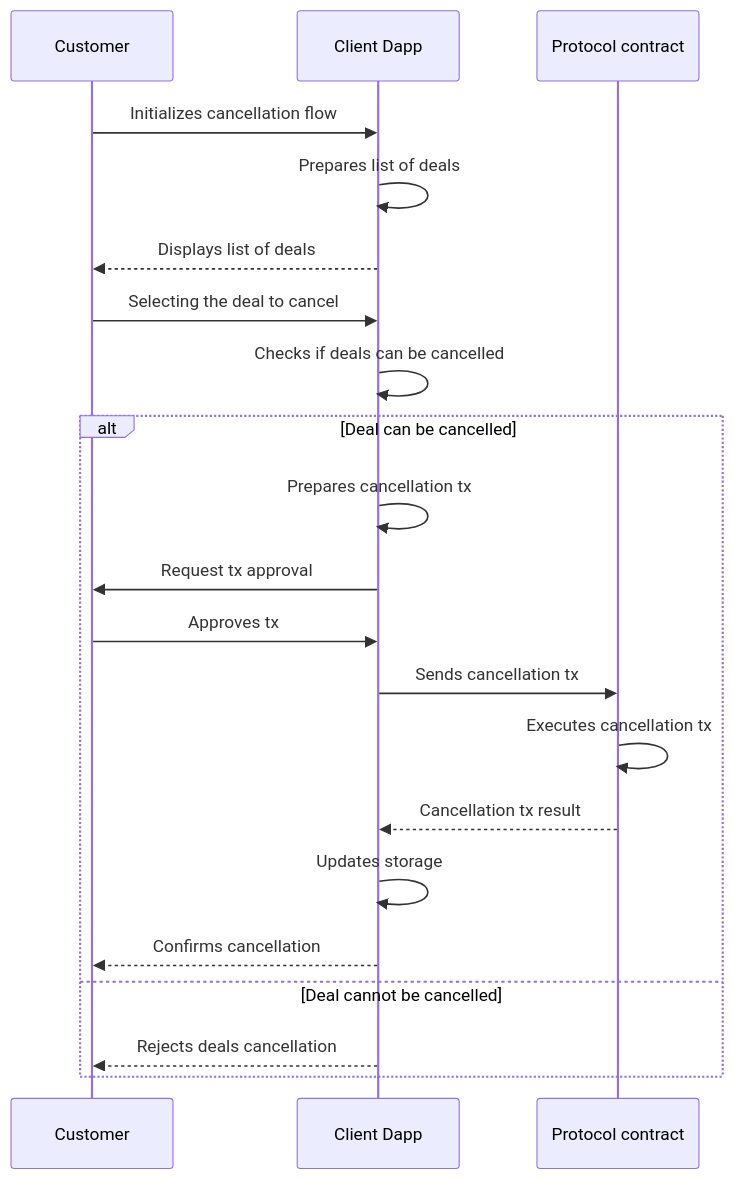
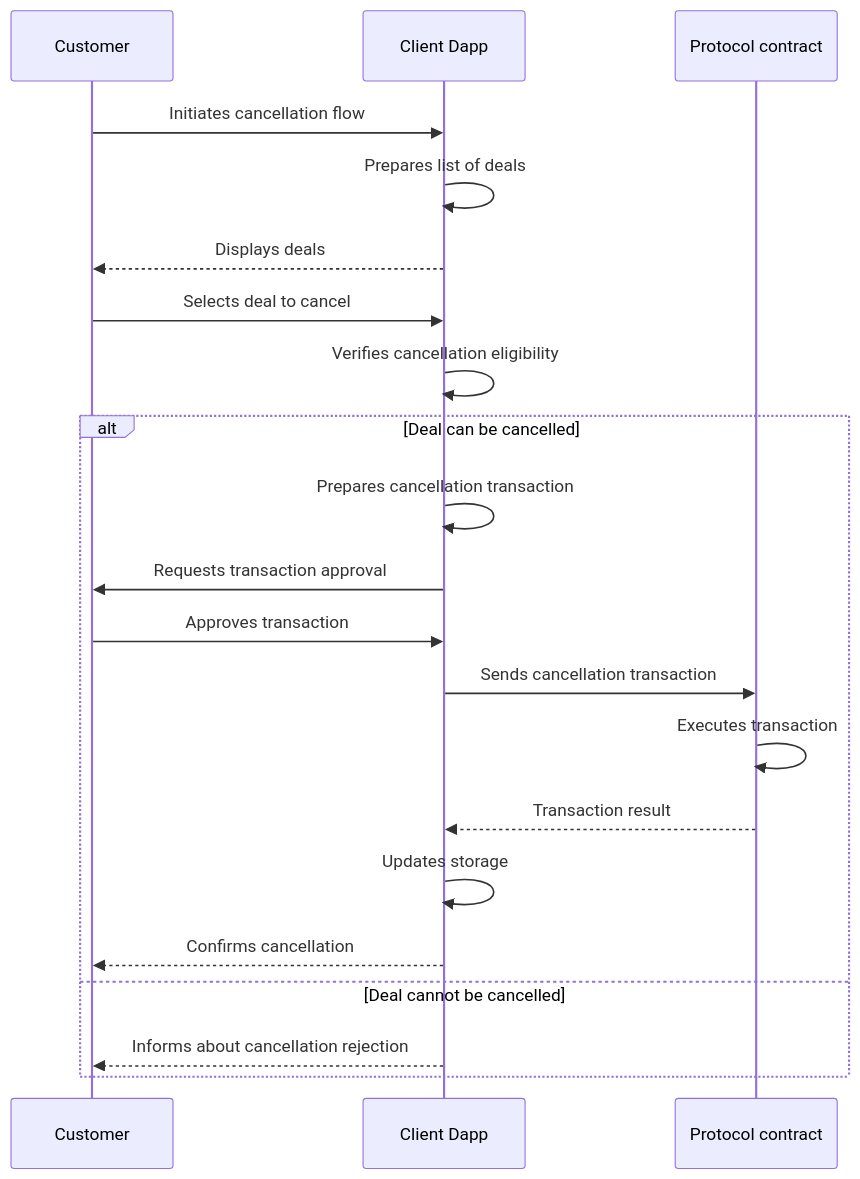
One commit to windingtree/mvp changed diagram 14 of 14 in docs/architecture.md. Above: the diagram before and after it, drawn with Mermaid. The commit also changed other lines of this file and 1 other file, not shown here.

Commit message:
docs: ✏️ Added the MVP architecture document

````diff
--- a/docs/architecture.md
+++ b/docs/architecture.md
@@ -549,25 +492,25 @@
 ```mermaid
 sequenceDiagram
   participant customer as Customer
   participant client as Client Dapp
   participant contract as Protocol contract
 
-  customer->>client: Initializes cancellation flow
+  customer->>client: Initiates cancellation flow
   client->>client: Prepares list of deals
-  client-->>customer: Displays list of deals
-  customer->>client: Selecting the deal to cancel
-  client->>client: Checks if deals can be cancelled
+  client-->>customer: Displays deals
+  customer->>client: Selects deal to cancel
+  client->>client: Verifies cancellation eligibility
 
   alt Deal can be cancelled
-    client->>client: Prepares cancellation tx
-    client->>customer: Request tx approval
-    customer->>client: Approves tx
-    client->>contract: Sends cancellation tx
-    contract->>contract: Executes cancellation tx
-    contract-->>client: Cancellation tx result
+    client->>client: Prepares cancellation transaction
+    client->>customer: Requests transaction approval
+    customer->>client: Approves transaction
+    client->>contract: Sends cancellation transaction
+    contract->>contract: Executes transaction
+    contract-->>client: Transaction result
     client->>client: Updates storage
     client-->>customer: Confirms cancellation
   else Deal cannot be cancelled
-    client-->>customer: Rejects deals cancellation
+    client-->>customer: Informs about cancellation rejection
   end
 ```
````
